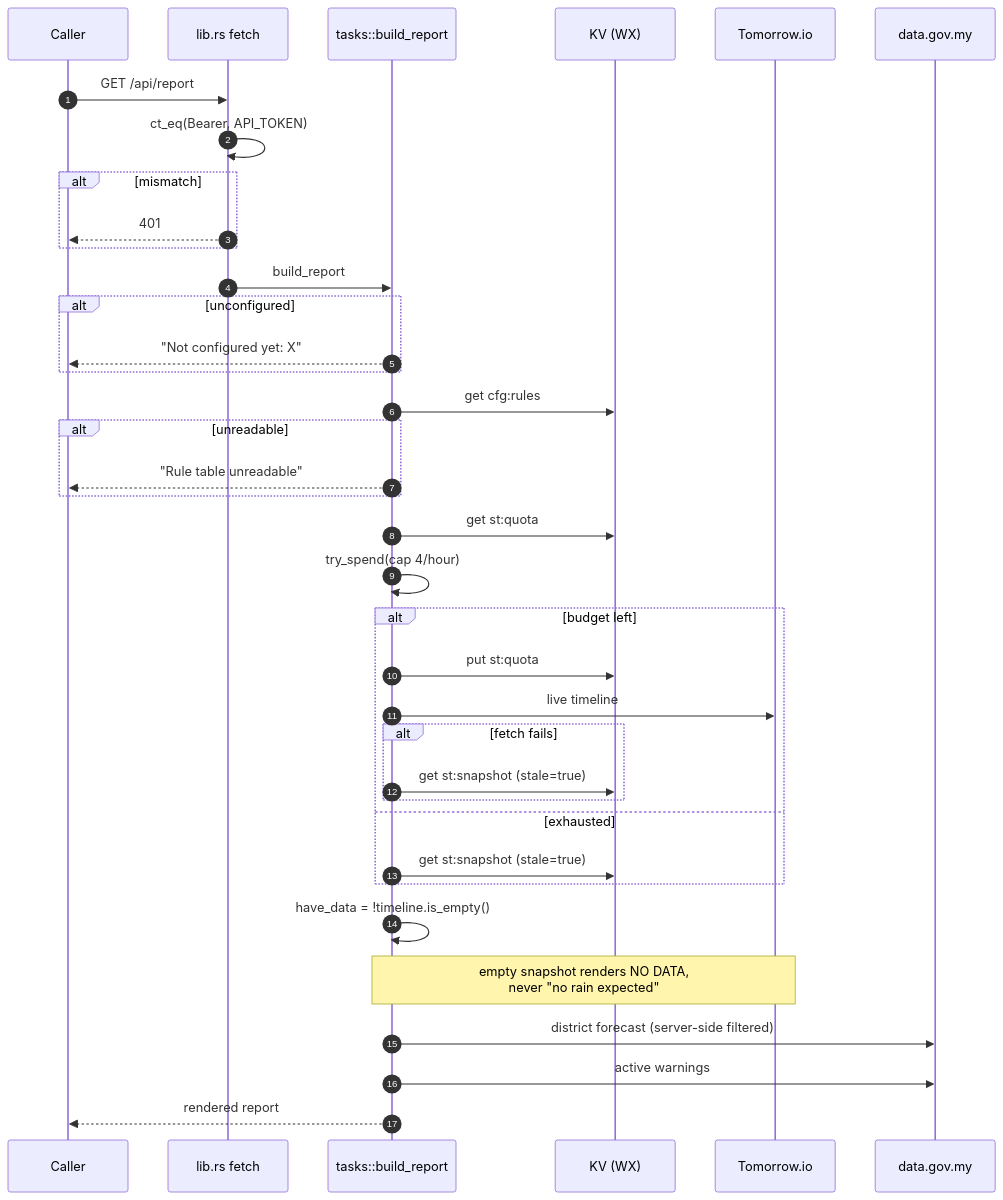
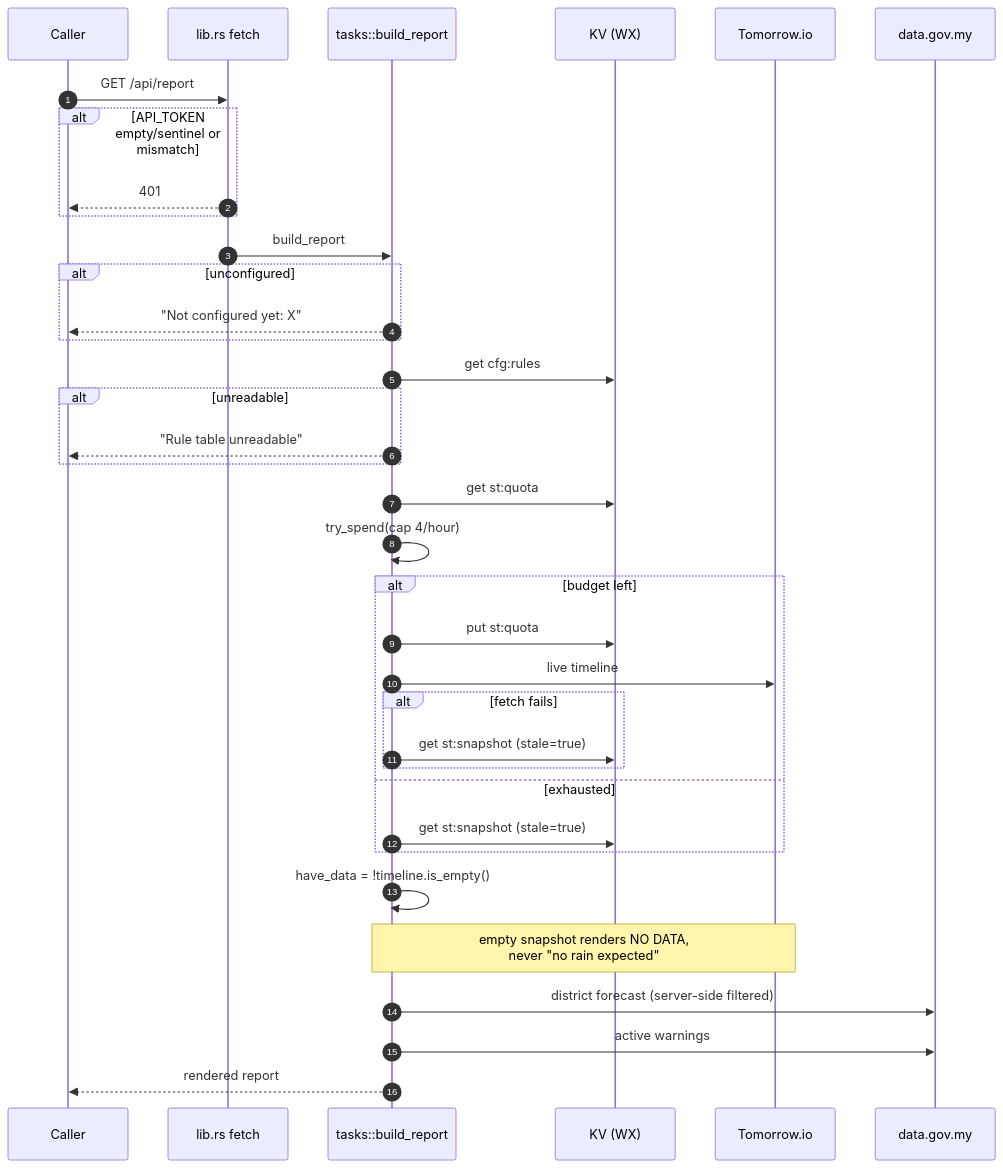
Before and after one commit to henius98/WeatherAlert: the fourth of 6 diagrams in FLOW.md, drawn with Mermaid. The commit also changed other lines of this file and 1 other file, not shown here.

Commit message:
docs(flow): update diagrams and align settings validation

````diff
--- a/FLOW.md
+++ b/FLOW.md
@@ -216,43 +216,42 @@
 ```mermaid
 sequenceDiagram
     autonumber
     participant U as Caller
     participant W as lib.rs fetch
     participant T as tasks::build_report
     participant KV as KV (WX)
     participant API as Tomorrow.io
     participant MET as data.gov.my
 
     U->>W: GET /api/report
-    W->>W: ct_eq(Bearer, API_TOKEN)
-    alt mismatch
+    alt API_TOKEN empty/sentinel or mismatch
         W-->>U: 401
     end
 
     W->>T: build_report
     alt unconfigured
         T-->>U: "Not configured yet: X"
     end
     T->>KV: get cfg:rules
     alt unreadable
         T-->>U: "Rule table unreadable"
     end
 
     T->>KV: get st:quota
     T->>T: try_spend(cap 4/hour)
     alt budget left
         T->>KV: put st:quota
         T->>API: live timeline
         alt fetch fails
             T->>KV: get st:snapshot (stale=true)
         end
     else exhausted
         T->>KV: get st:snapshot (stale=true)
     end
 
     T->>T: have_data = !timeline.is_empty()
     Note over T,API: empty snapshot renders NO DATA,<br/>never "no rain expected"
     T->>MET: district forecast (server-side filtered)
     T->>MET: active warnings
     T-->>U: rendered report
 ```
````
